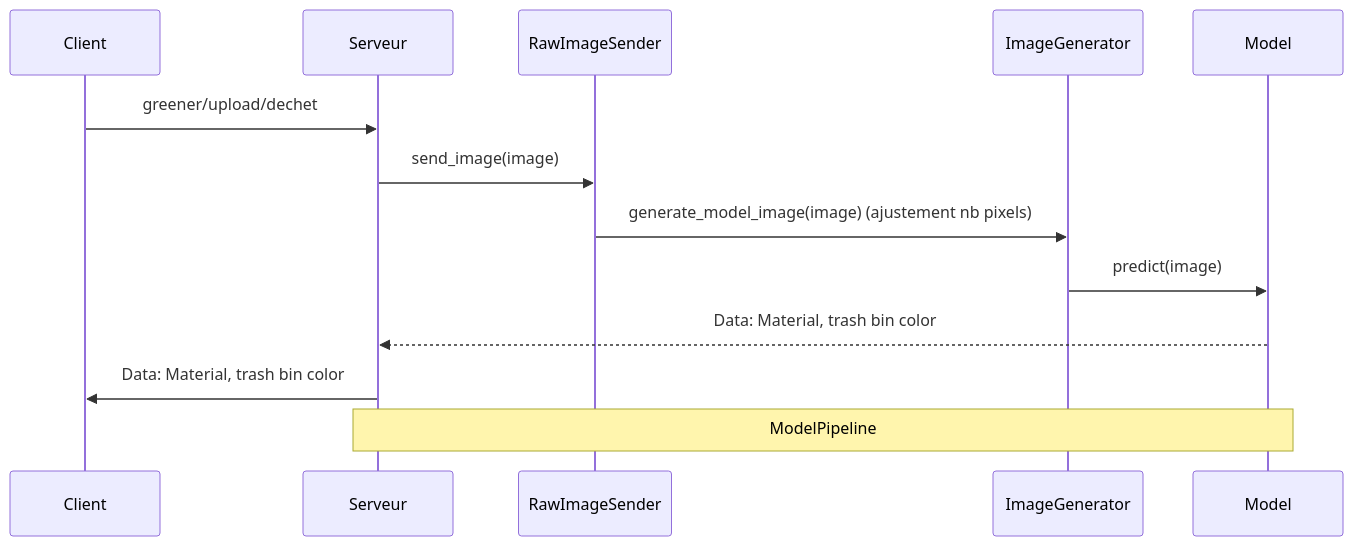
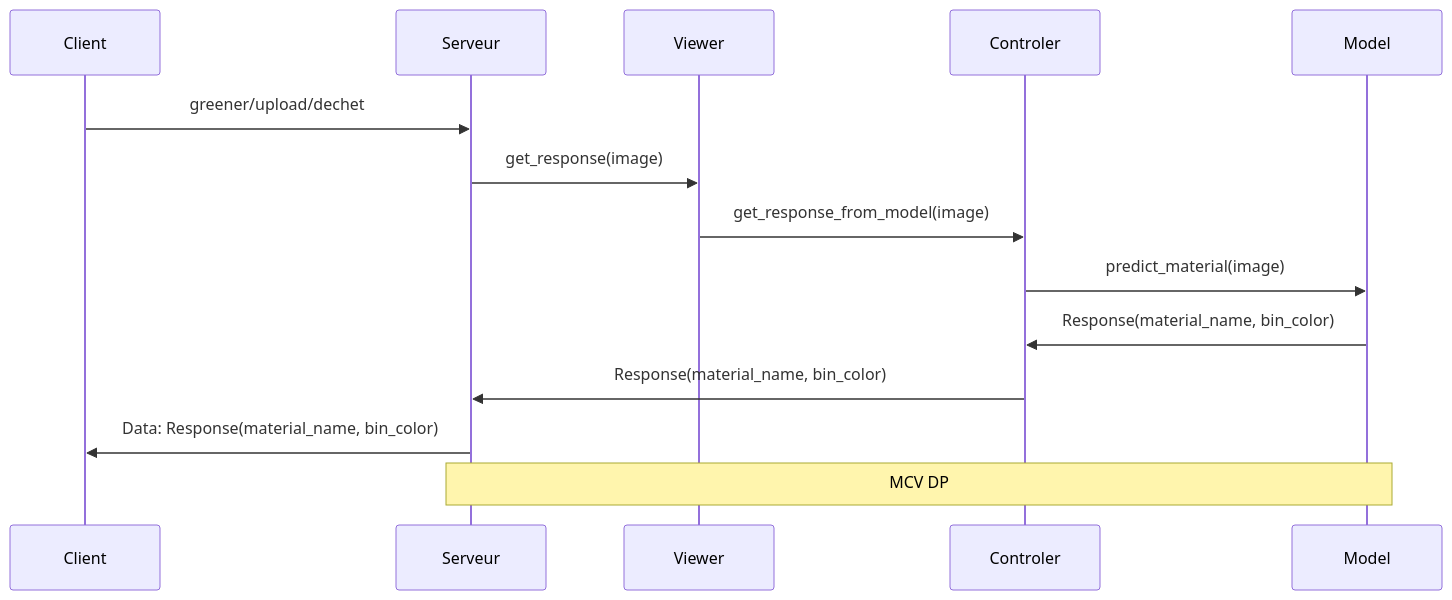
One commit to LuckyShuii/GreenHub-AI- changed the diagram in README.md. Above: the diagram before and after it, drawn with Mermaid. The commit also changed other lines of this file and 10 other files, not shown here.

````diff
--- a/README.md
+++ b/README.md
@@ -31,10 +31,11 @@
 ```mermaid
 sequenceDiagram
     Client->>Serveur: greener/upload/dechet
-    Serveur->>RawImageSender: send_image(image)
-    RawImageSender->>ImageGenerator: generate_model_image(image) (ajustement nb pixels)
-    ImageGenerator->>Model: predict(image)
-    Model-->>Serveur: Data: Material, trash bin color
-    Serveur->>Client: Data: Material, trash bin color
-    Note over Model, Serveur: ModelPipeline
+    Serveur->>Viewer: get_response(image)
+    Viewer->>Controler: get_response_from_model(image)
+    Controler->>Model: predict_material(image)
+    Model->>Controler: Response(material_name, bin_color)
+    Controler->>Serveur: Response(material_name, bin_color)
+    Serveur->>Client: Data: Response(material_name, bin_color)
+    Note over Model, Serveur: MCV DP
 ```
````
